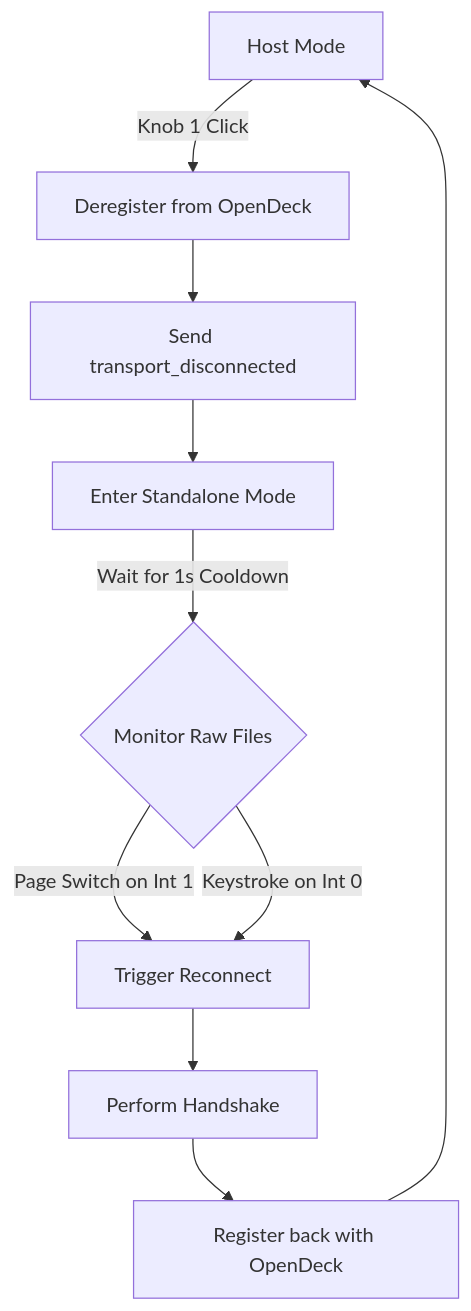
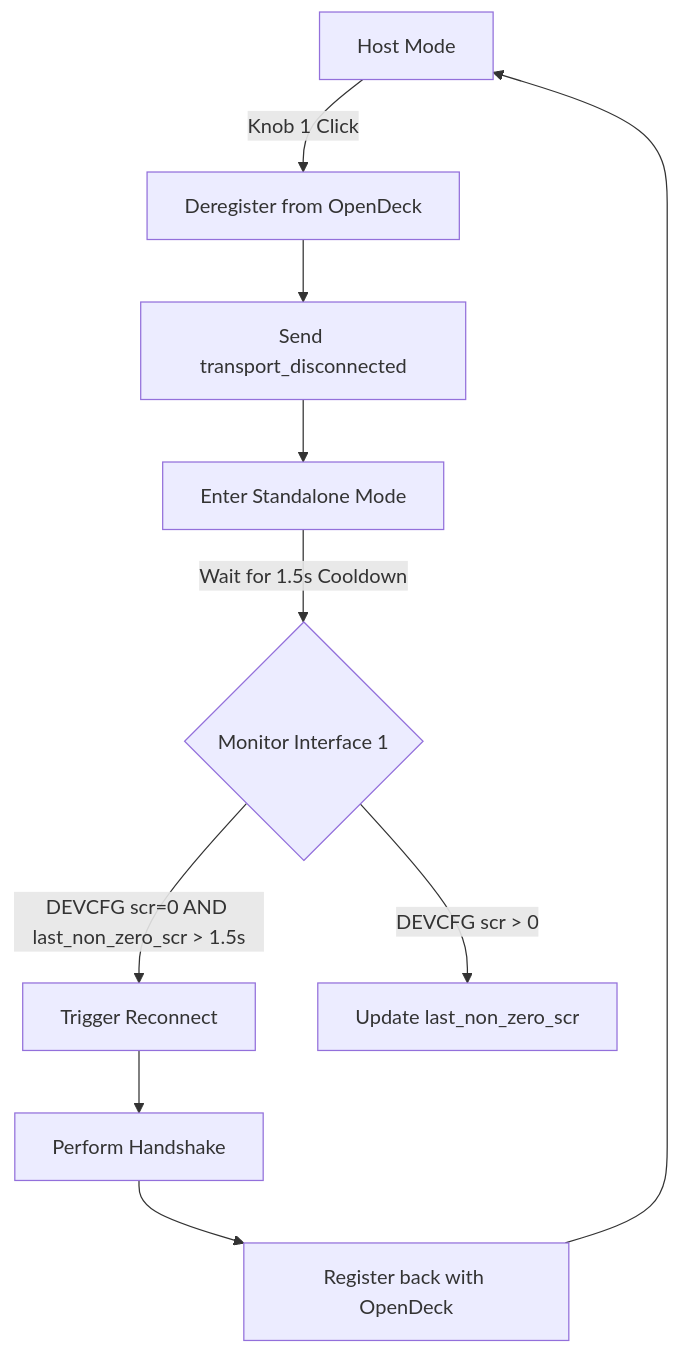
The diagram in docs/standalone_mode.md (bruj0/opendeck-k1pro), drawn with Mermaid before and after one commit. The commit also changed other lines of this file and 1 other file, not shown here.

````diff
--- a/docs/standalone_mode.md
+++ b/docs/standalone_mode.md
@@ -40,12 +40,12 @@
 ```mermaid
 flowchart TD
     A[Host Mode] -->|Knob 1 Click| B[Deregister from OpenDeck]
     B --> C[Send transport_disconnected]
     C --> D[Enter Standalone Mode]
-    D -->|Wait for 1s Cooldown| E{Monitor Raw Files}
-    E -->|Page Switch on Int 1| F[Trigger Reconnect]
-    E -->|Keystroke on Int 0| F
-    F --> G[Perform Handshake]
-    G --> H[Register back with OpenDeck]
-    H --> A
+    D -->|Wait for 1.5s Cooldown| E{Monitor Interface 1}
+    E -->|DEVCFG scr=0 AND last_non_zero_scr > 1.5s| F[Trigger Reconnect]
+    E -->|DEVCFG scr > 0| G[Update last_non_zero_scr]
+    F --> H[Perform Handshake]
+    H --> I[Register back with OpenDeck]
+    I --> A
 ```
````
